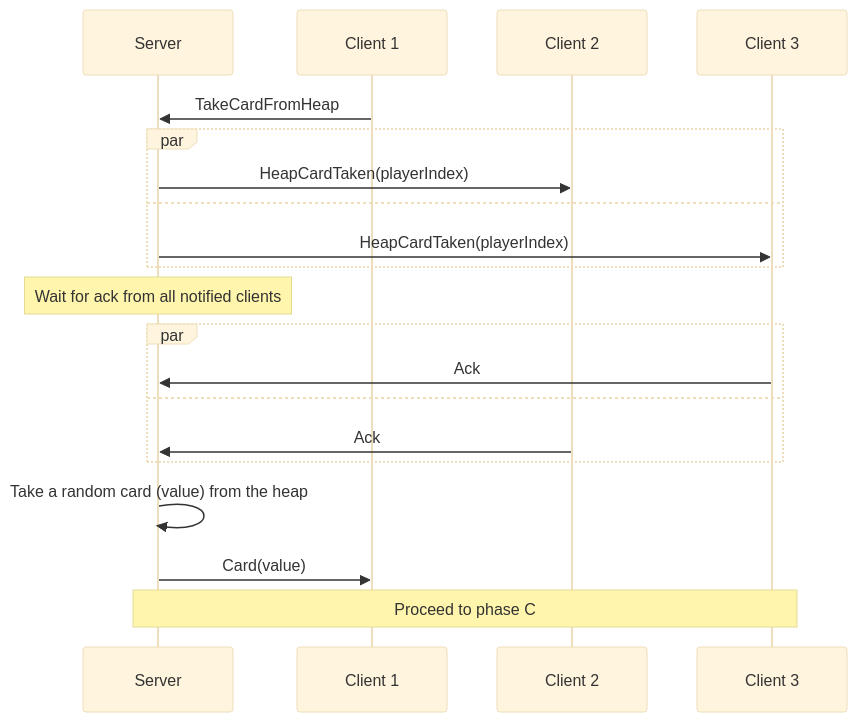
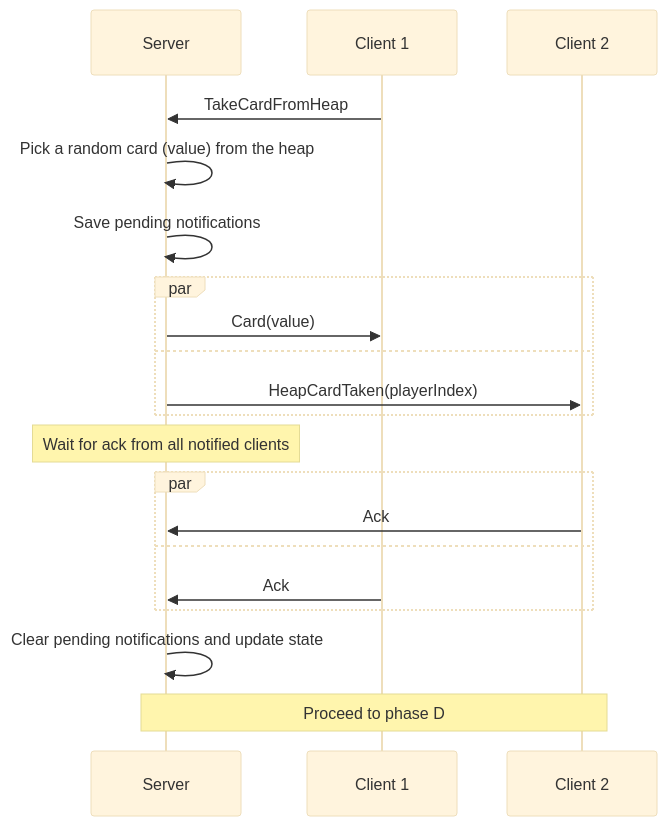
One commit to roman-zubarevich/another changed the third of 14 diagrams in README.md. Above: the diagram before and after it, drawn with Mermaid (base theme). The commit also changed other lines of this file, not shown here.

````diff
--- a/README.md
+++ b/README.md
@@ -53,22 +64,22 @@
 ```mermaid
 sequenceDiagram
     participant S as Server
     participant C1 as Client 1
     participant C2 as Client 2
-    participant C3 as Client 3
     C1->>S: TakeCardFromHeap
+    S->>S: Pick a random card (value) from the heap
+    S->>S: Save pending notifications
     par
+        S->>C1: Card(value)
+    and
         S->>C2: HeapCardTaken(playerIndex)
-    and
-        S->>C3: HeapCardTaken(playerIndex)
     end
     Note over S: Wait for ack from all notified clients
     par
-        C3->>S: Ack
+        C2->>S: Ack
     and
-        C2->>S: Ack
+        C1->>S: Ack
     end
-    S->>S: Take a random card (value) from the heap
-    S->>C1: Card(value)
-    Note over S,C3: Proceed to phase C
+    S->>S: Clear pending notifications and update state
+    Note over S,C2: Proceed to phase D
 ```
````
